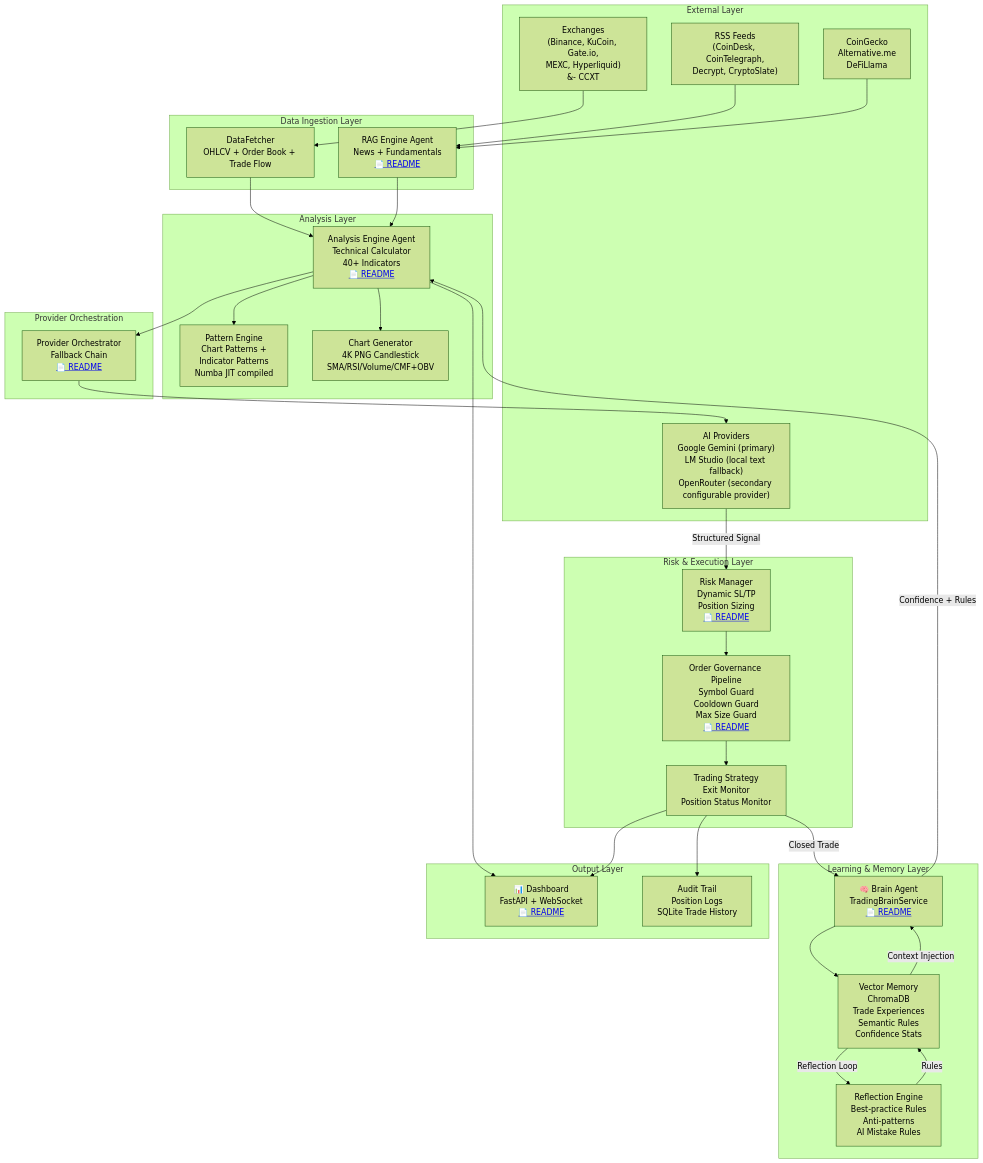
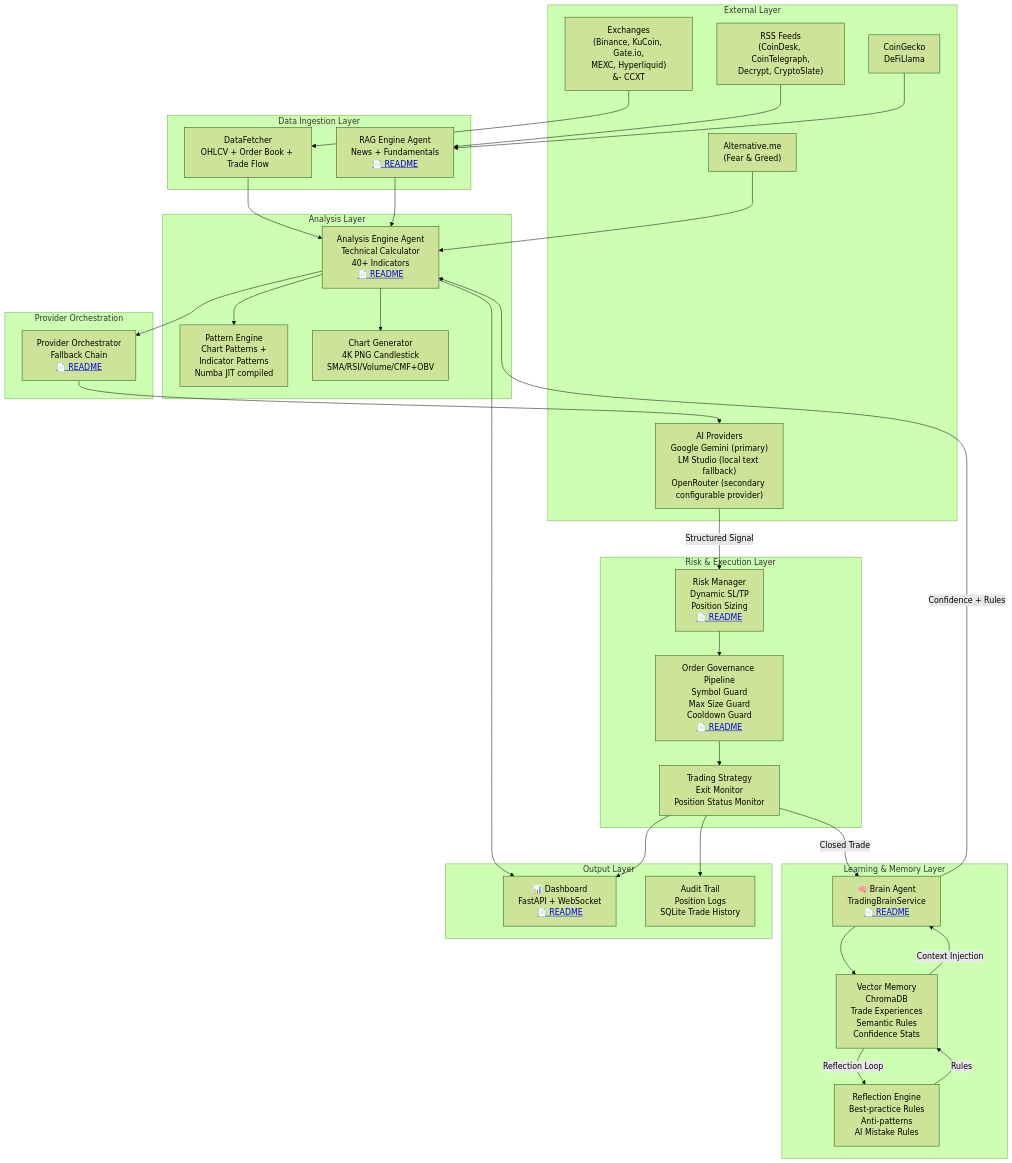
The diagram in AGENTS.md (qrak/LLM_trader), drawn with Mermaid (forest theme) before and after one commit. The commit also changed other lines of this file and 6 other files, not shown here.

````diff
--- a/AGENTS.md
+++ b/AGENTS.md
@@ -25,68 +25,70 @@
 ```mermaid
 flowchart TB
     subgraph External["External Layer"]
         EX["Exchanges<br/>(Binance, KuCoin, Gate.io,<br/>MEXC, Hyperliquid)<br/>&#8209; CCXT"]
-        CG["CoinGecko<br/>Alternative.me<br/>DeFiLlama"]
+        CG["CoinGecko<br/>DeFiLlama"]
+        ALT["Alternative.me<br/>(Fear & Greed)"]
         RSS["RSS Feeds<br/>(CoinDesk, CoinTelegraph,<br/>Decrypt, CryptoSlate)"]
         AI_PROV["AI Providers<br/>Google Gemini (primary)<br/>LM Studio (local text fallback)<br/>OpenRouter (secondary configurable provider)"]
     end
 
     subgraph DataIngestion["Data Ingestion Layer"]
         DF["DataFetcher<br/>OHLCV + Order Book + Trade Flow"]
         RAG["RAG Engine Agent<br/>News + Fundamentals<br/><a href='./src/rag/AGENTS.md'>📄 README</a>"]
     end
 
     subgraph AnalysisLayer["Analysis Layer"]
         TA["Analysis Engine Agent<br/>Technical Calculator<br/>40+ Indicators<br/><a href='./src/analyzer/AGENTS.md'>📄 README</a>"]
         PE["Pattern Engine<br/>Chart Patterns +<br/>Indicator Patterns<br/>Numba JIT compiled"]
         CGEN["Chart Generator<br/>4K PNG Candlestick<br/>SMA/RSI/Volume/CMF+OBV"]
     end
 
     subgraph BrainLayer["Learning & Memory Layer"]
         BRAIN["🧠 Brain Agent<br/>TradingBrainService<br/><a href='./src/trading/AGENTS.md'>📄 README</a>"]
         VM["Vector Memory<br/>ChromaDB<br/>Trade Experiences<br/>Semantic Rules<br/>Confidence Stats"]
         REFL["Reflection Engine<br/>Best‑practice Rules<br/>Anti‑patterns<br/>AI Mistake Rules"]
     end
 
     subgraph RiskLayer["Risk & Execution Layer"]
         RP["Risk Manager<br/>Dynamic SL/TP<br/>Position Sizing<br/><a href='./src/managers/AGENTS.md'>📄 README</a>"]
-        GP["Order Governance Pipeline<br/>Symbol Guard<br/>Cooldown Guard<br/>Max Size Guard<br/><a href='./src/trading/guards/AGENTS.md'>📄 README</a>"]
+        GP["Order Governance Pipeline<br/>Symbol Guard<br/>Max Size Guard<br/>Cooldown Guard<br/><a href='./src/trading/guards/AGENTS.md'>📄 README</a>"]
         STRAT["Trading Strategy<br/>Exit Monitor<br/>Position Status Monitor"]
     end
 
     subgraph Output["Output Layer"]
         DASH["📊 Dashboard<br/>FastAPI + WebSocket<br/><a href='./src/dashboard/AGENTS.md'>📄 README</a>"]
         LOGS["Audit Trail<br/>Position Logs<br/>SQLite Trade History"]
     end
 
     subgraph Providers["Provider Orchestration"]
         PO["Provider Orchestrator<br/>Fallback Chain<br/><a href='./src/managers/AGENTS.md'>📄 README</a>"]
     end
 
     %% Data Flow
     EX --> DF
     RSS --> RAG
     CG --> RAG
+    ALT --> TA
     DF --> TA
     TA --> PE
     TA --> CGEN
     
     RAG --> TA
     TA --> PO
     PO --> AI_PROV
     
     AI_PROV -->|"Structured Signal"| RP
     RP --> GP
     GP --> STRAT
     
     STRAT -->|"Closed Trade"| BRAIN
     BRAIN --> VM
     VM -->|"Reflection Loop"| REFL
     REFL -->|"Rules"| VM
     VM -->|"Context Injection"| BRAIN
     BRAIN -->|"Confidence + Rules"| TA
     
     TA --> DASH
     STRAT --> DASH
     STRAT --> LOGS
 ```
````
